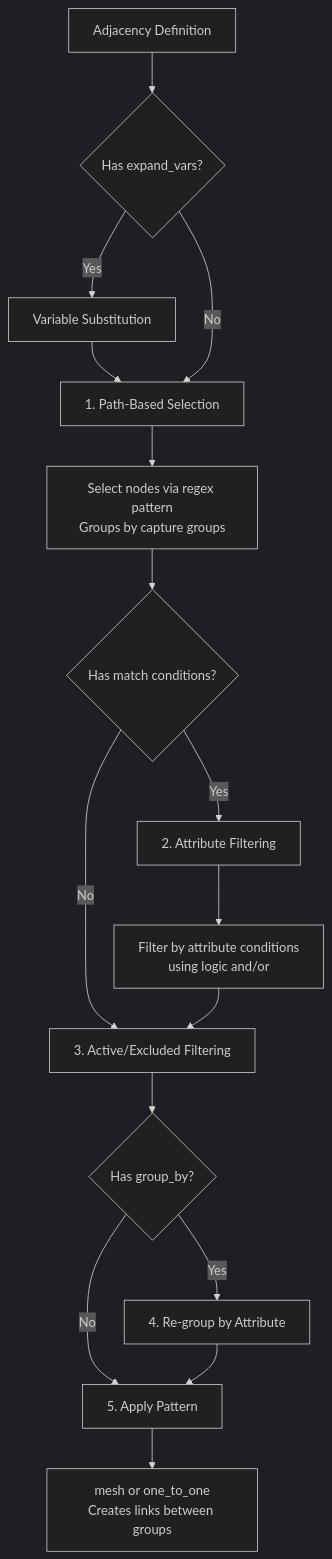
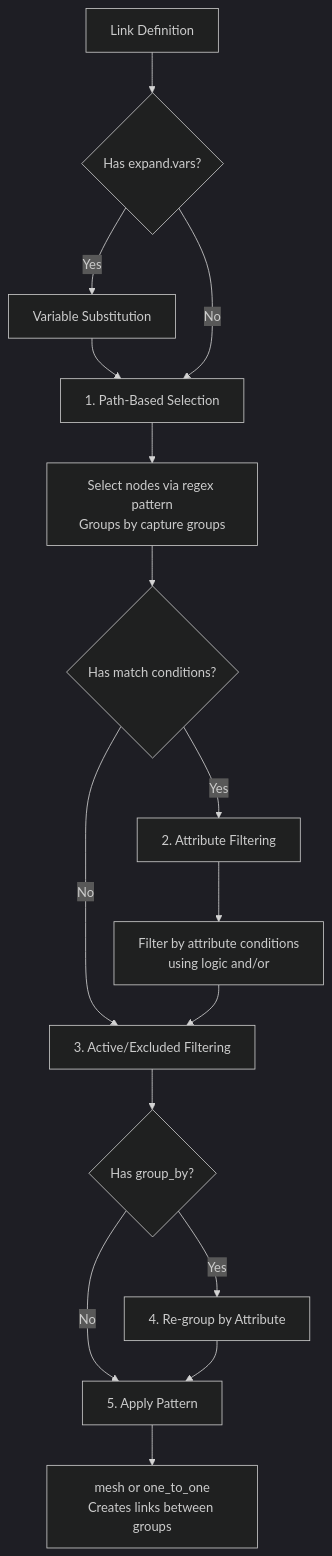
Before and after one commit to networmix/NetGraph: the first of 3 diagrams in .claude/skills/netgraph-dsl/references/REFERENCE.md, drawn with Mermaid (dark theme). The commit also changed other lines of this file and 124 other files, not shown here.

````diff
--- a/.claude/skills/netgraph-dsl/references/REFERENCE.md
+++ b/.claude/skills/netgraph-dsl/references/REFERENCE.md
@@ -75,18 +73,18 @@
 ```mermaid
 flowchart TD
-    Start[Adjacency Definition] --> VarExpand{Has expand_vars?}
+    Start[Link Definition] --> VarExpand{Has expand.vars?}
     VarExpand -->|Yes| VarSubst[Variable Substitution]
     VarSubst --> PathFilter
     VarExpand -->|No| PathFilter[1. Path-Based Selection]
     PathFilter --> PathDesc[Select nodes via regex pattern<br/>Groups by capture groups]
     PathDesc --> MatchFilter{Has match conditions?}
     MatchFilter -->|Yes| AttrFilter[2. Attribute Filtering]
     MatchFilter -->|No| ActiveFilter
     AttrFilter --> AttrDesc[Filter by attribute conditions<br/>using logic and/or]
     AttrDesc --> ActiveFilter[3. Active/Excluded Filtering]
     ActiveFilter --> GroupBy{Has group_by?}
     GroupBy -->|Yes| Regroup[4. Re-group by Attribute]
     GroupBy -->|No| Pattern
     Regroup --> Pattern[5. Apply Pattern]
     Pattern --> PatternDesc[mesh or one_to_one<br/>Creates links between groups]
 ```
````
